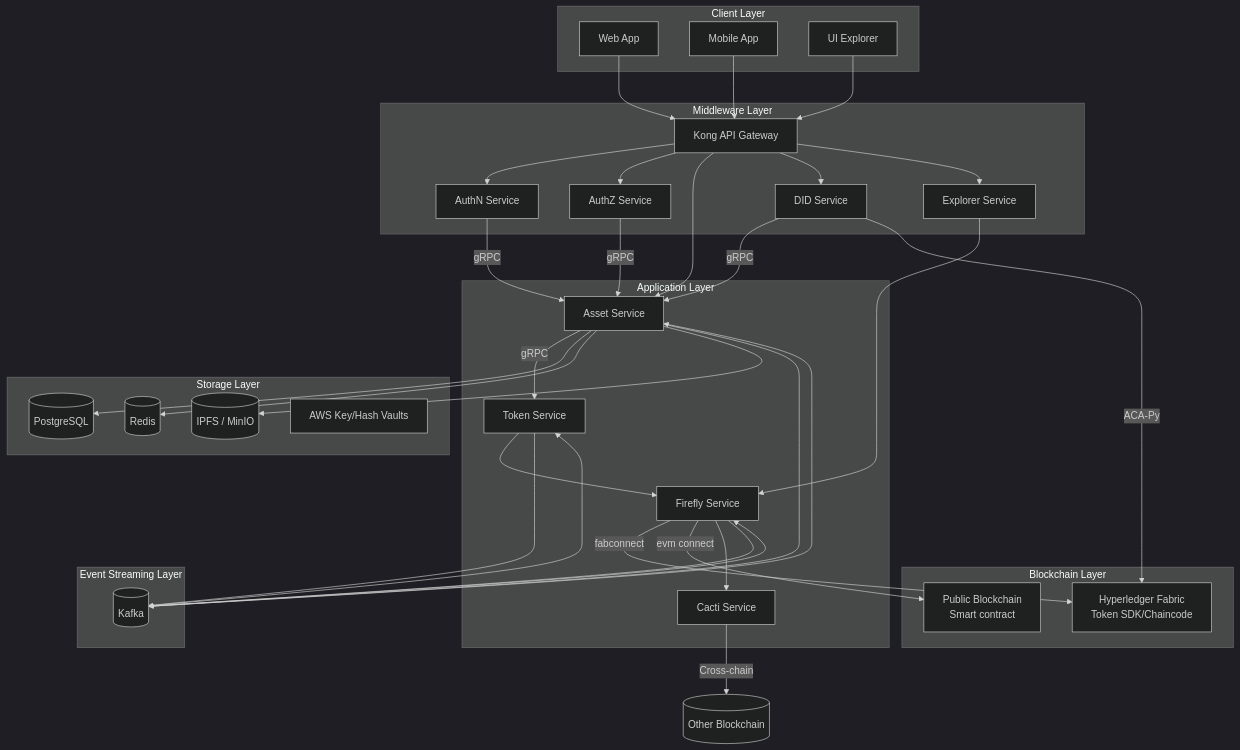
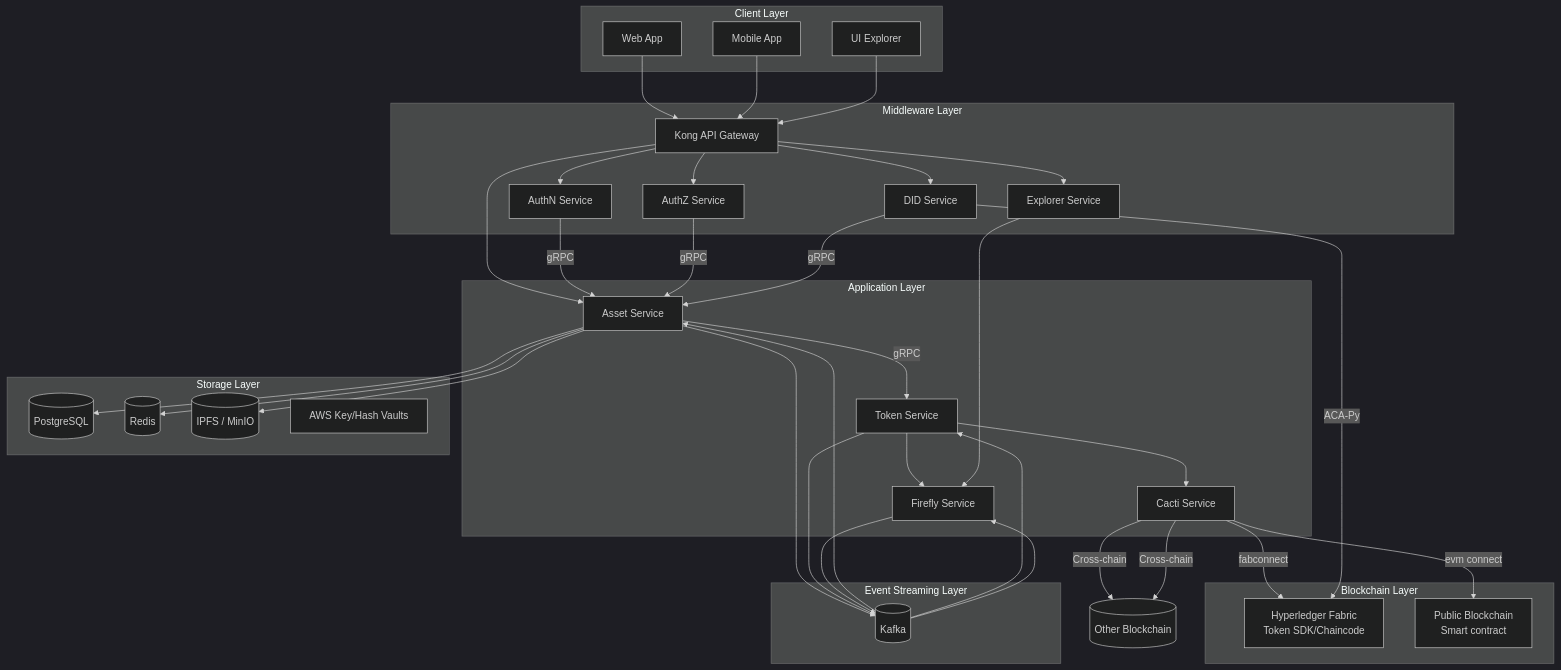
The first of 4 diagrams in docs/architecture-design.en.md (metafi-blockchain/metafi-digital-assets-service), drawn with Mermaid (dark theme) before and after one commit.

````diff
--- a/docs/architecture-design.en.md
+++ b/docs/architecture-design.en.md
@@ -36,76 +36,77 @@
 ```mermaid
 graph TD
     subgraph "Client Layer"
         Web[Web App]
         Mobile[Mobile App]
         Explorer[UI Explorer]
     end
 
     subgraph "Middleware Layer"
         Gateway[Kong API Gateway]
         AuthN[AuthN Service]
         AuthZ[AuthZ Service]
         DID["DID Service"]
         ExplorerService[Explorer Service]
     end
 
     subgraph "Application Layer"
         Asset[Asset Service]
         Token[Token Service]
         Firefly[Firefly Service]
         ExplorerService[Explorer Service]
         Cacti[Cacti Service]
     end
 
     subgraph "Blockchain Layer"
         Fabric["Hyperledger Fabric<br/>Token SDK/Chaincode"]
         PublicChain[Public Blockchain<br/>  Smart contract]
     end
 
     subgraph "Storage Layer"
         DB[(PostgreSQL)]
         Cache[(Redis)]
         Storage[(IPFS / MinIO)]
         KeyVaults[AWS Key/Hash Vaults]
     end
 
     subgraph "Event Streaming Layer"
         Kafka[(Kafka)]
     end
 
     Web --> Gateway
     Mobile --> Gateway
     Explorer --> Gateway
 
     Gateway --> AuthN
     Gateway --> AuthZ
     Gateway --> Asset
     Gateway --> DID
 
     Gateway --> ExplorerService
 
     AuthN --> |gRPC|Asset
     AuthZ -->|gRPC|Asset
     DID --> |gRPC|Asset
 
     Asset --> |gRPC|Token
     Token --> Firefly
-    Firefly --> |fabconnect| Fabric
-    Firefly --> |evm connect| PublicChain
-    Firefly --> Cacti
+    Token --> Cacti
+    Cacti -->|fabconnect| Fabric
+    Cacti -->|evm connect| PublicChain
+    Cacti -->|Cross-chain| OtherBlockchain[(Other Blockchain)]
 
     Asset --> DB
     Asset --> Cache
     Asset --> Storage
     DID -->|ACA-Py| Fabric
 
     Asset --> Kafka
     Kafka --> Asset
     Token --> Kafka
     Kafka --> Token
     Firefly --> Kafka
     Kafka --> Firefly
 
     ExplorerService --> Firefly
     Cacti -->|Cross-chain| OtherBlockchain[(Other Blockchain)]
 ```
````
